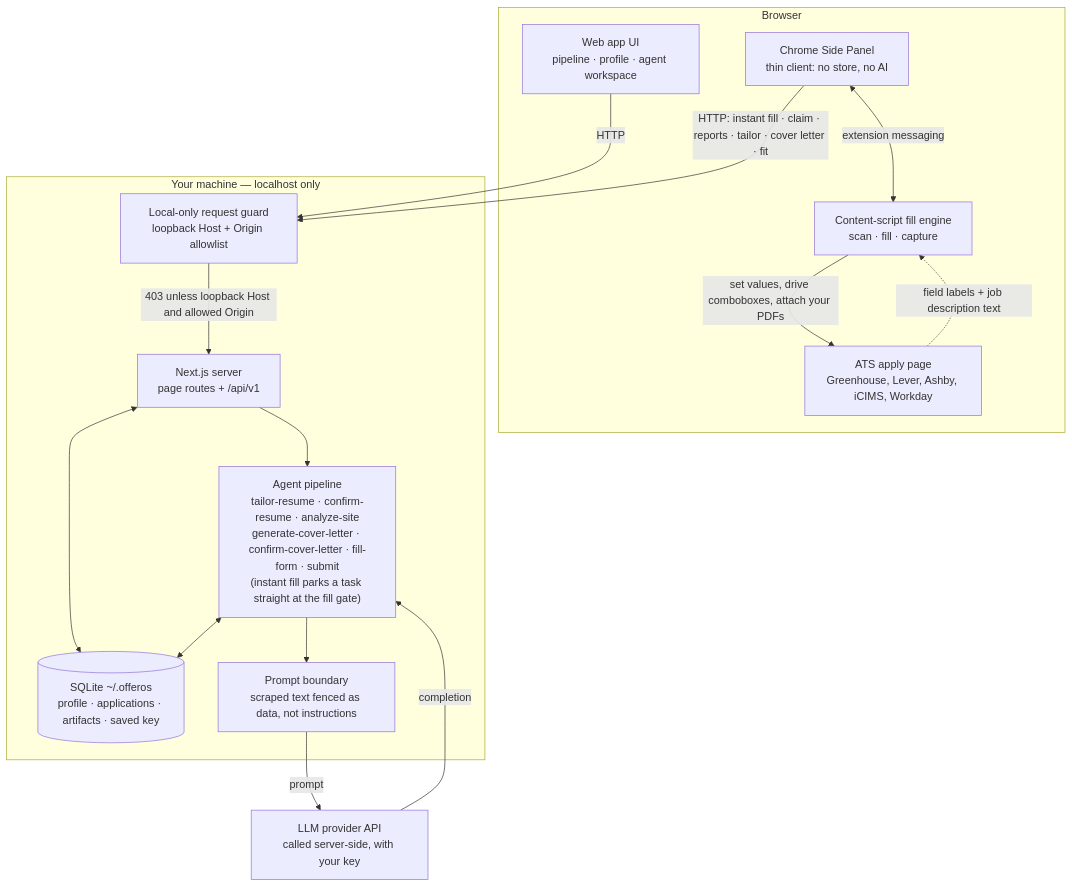
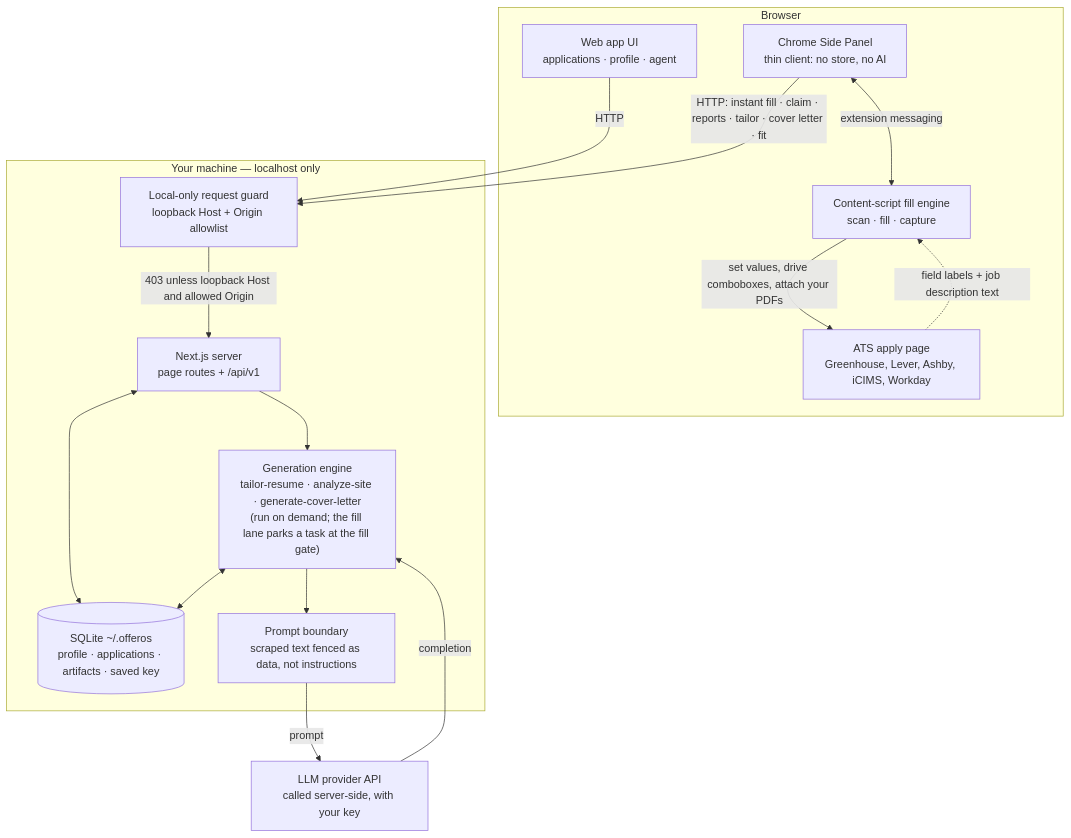
Before and after one commit to averatec0773/offeros: the diagram in README.md, drawn with Mermaid. The commit also changed other lines of this file and 13 other files, not shown here.

````diff
--- a/README.md
+++ b/README.md
@@ -62,32 +65,32 @@
 ```mermaid
 flowchart TB
   subgraph browser["Browser"]
-    ui["Web app UI<br/>pipeline · profile · agent workspace"]
+    ui["Web app UI<br/>applications · profile · agent"]
     panel["Chrome Side Panel<br/>thin client: no store, no AI"]
     engine["Content-script fill engine<br/>scan · fill · capture"]
     ats["ATS apply page<br/>Greenhouse, Lever, Ashby, iCIMS, Workday"]
   end
 
   subgraph host["Your machine — localhost only"]
     guard["Local-only request guard<br/>loopback Host + Origin allowlist"]
     api["Next.js server<br/>page routes + /api/v1"]
-    pipeline["Agent pipeline<br/>tailor-resume · confirm-resume · analyze-site<br/>generate-cover-letter · confirm-cover-letter · fill-form · submit<br/>(instant fill parks a task straight at the fill gate)"]
+    pipeline["Generation engine<br/>tailor-resume · analyze-site · generate-cover-letter<br/>(run on demand; the fill lane parks a task at the fill gate)"]
     store[("SQLite ~/.offeros<br/>profile · applications · artifacts · saved key")]
     fence["Prompt boundary<br/>scraped text fenced as data, not instructions"]
   end
 
   provider["LLM provider API<br/>called server-side, with your key"]
 
   ui -->|HTTP| guard
   panel -->|"HTTP: instant fill · claim · reports · tailor · cover letter · fit"| guard
   guard -->|"403 unless loopback Host and allowed Origin"| api
   api --> pipeline
   api <--> store
   pipeline <--> store
   pipeline --> fence
   fence -->|prompt| provider
   provider -->|completion| pipeline
   panel <-->|extension messaging| engine
   engine -->|"set values, drive comboboxes, attach your PDFs"| ats
   ats -.->|"field labels + job description text"| engine
 ```
````
